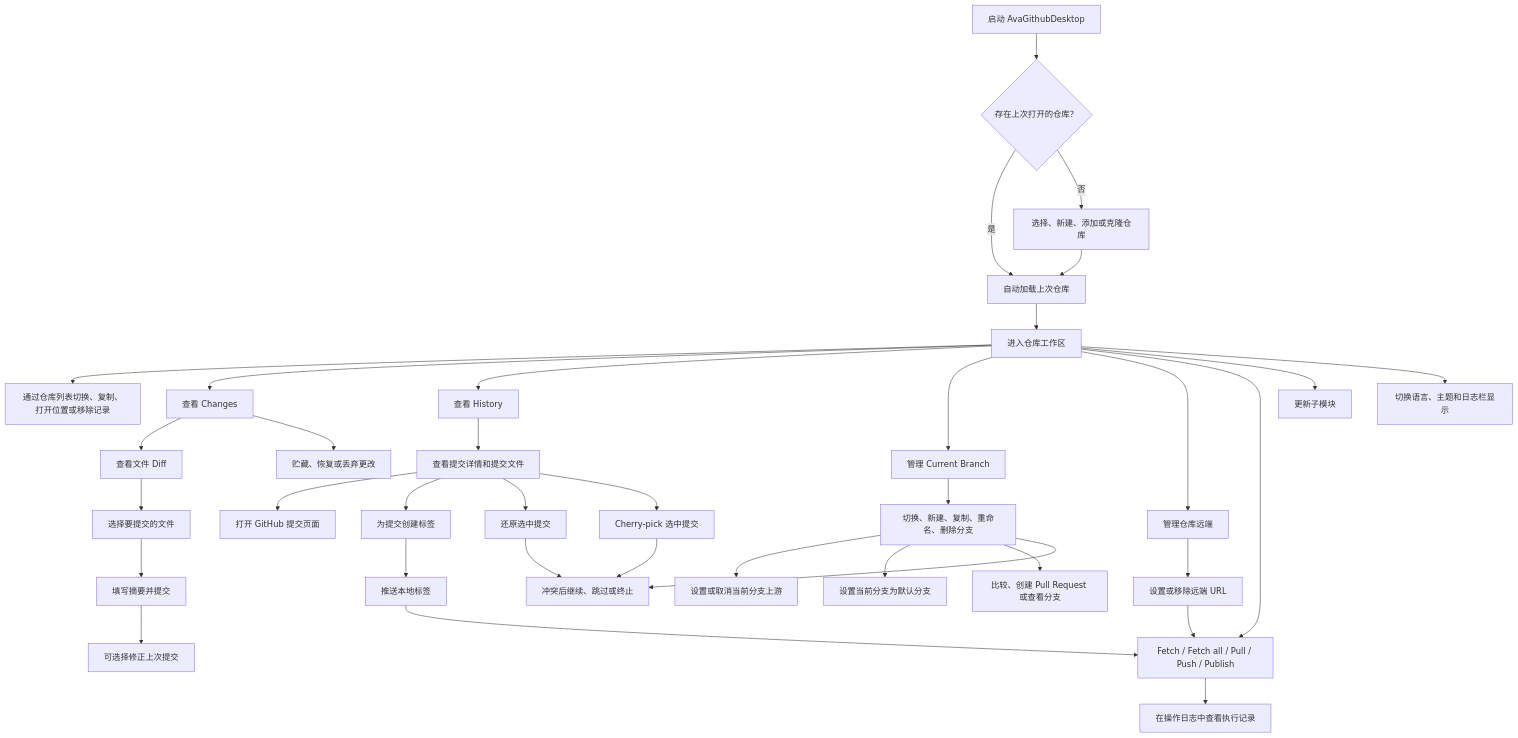
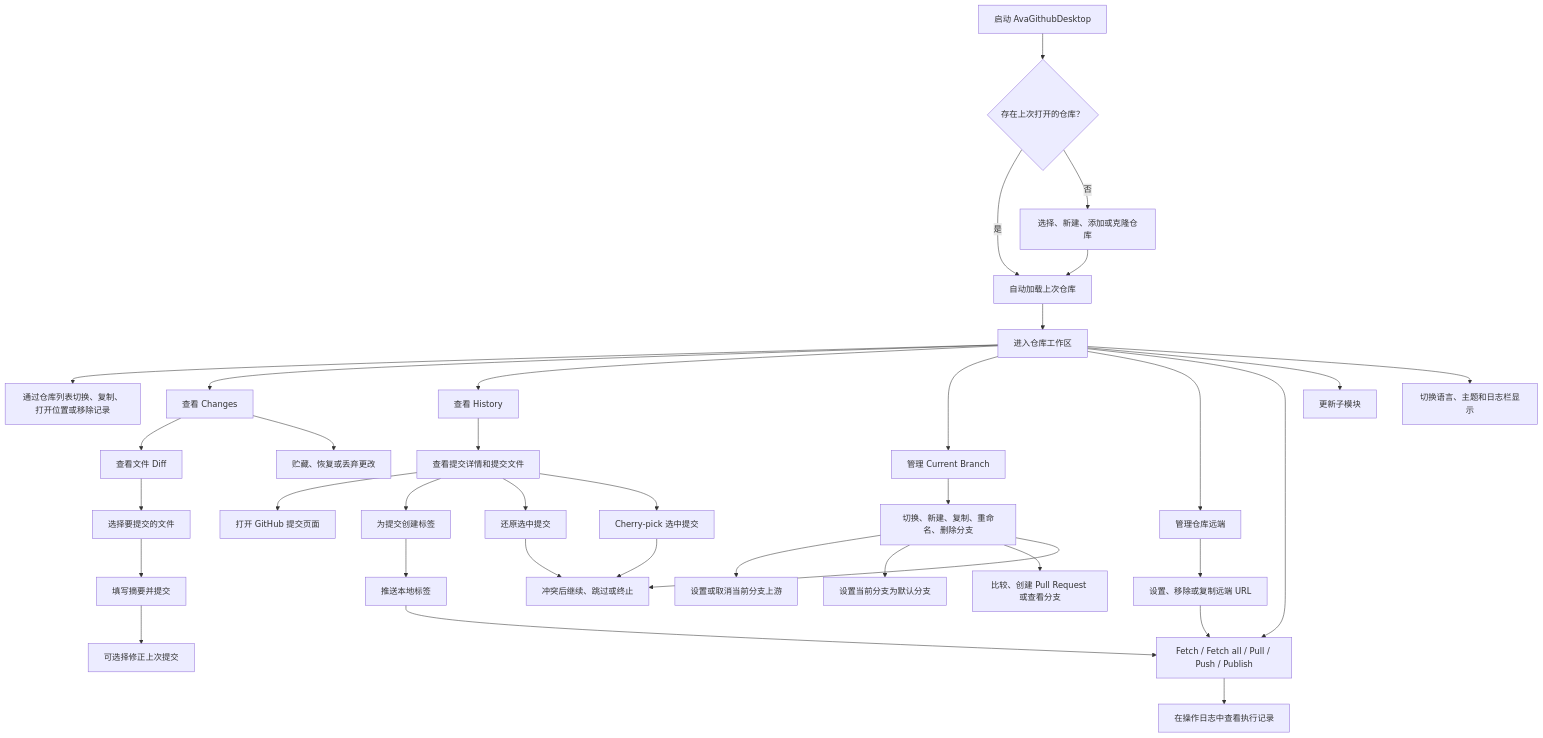
One commit to dotnet9/AvaGithubDesktop changed the diagram in docs/AvaGithubDesktop需求文档.md. Above: the diagram before and after it, drawn with Mermaid. The commit also changed other lines of this file and 8 other files, not shown here.

Commit message:
feat: add remote URL copy action

````diff
--- a/docs/AvaGithubDesktop需求文档.md
+++ b/docs/AvaGithubDesktop需求文档.md
@@ -48,38 +48,38 @@
 ```mermaid
 flowchart TD
     Start["启动 AvaGithubDesktop"] --> Restore{"存在上次打开的仓库？"}
     Restore -->|是| LoadRepo["自动加载上次仓库"]
     Restore -->|否| PickRepo["选择、新建、添加或克隆仓库"]
     PickRepo --> LoadRepo
     LoadRepo --> Workspace["进入仓库工作区"]
     Workspace --> RepoList["通过仓库列表切换、复制、打开位置或移除记录"]
     Workspace --> Changes["查看 Changes"]
     Workspace --> History["查看 History"]
     Workspace --> Branch["管理 Current Branch"]
     Workspace --> Remote["管理仓库远端"]
     Workspace --> Sync["Fetch / Fetch all / Pull / Push / Publish"]
     Changes --> ReviewDiff["查看文件 Diff"]
     ReviewDiff --> SelectFiles["选择要提交的文件"]
     SelectFiles --> Commit["填写摘要并提交"]
     Commit --> Amend["可选择修正上次提交"]
     Changes --> Stash["贮藏、恢复或丢弃更改"]
     History --> CommitDetail["查看提交详情和提交文件"]
     CommitDetail --> OpenCommit["打开 GitHub 提交页面"]
     CommitDetail --> CreateTag["为提交创建标签"]
     CommitDetail --> RevertCommit["还原选中提交"]
     CommitDetail --> CherryPick["Cherry-pick 选中提交"]
     RevertCommit --> ConflictOps
     CherryPick --> ConflictOps
     Branch --> BranchOps["切换、新建、复制、重命名、删除分支"]
     BranchOps --> UpstreamOps["设置或取消当前分支上游"]
     BranchOps --> DefaultBranch["设置当前分支为默认分支"]
     BranchOps --> BranchGitHub["比较、创建 Pull Request 或查看分支"]
     BranchOps --> ConflictOps["冲突后继续、跳过或终止"]
-    Remote --> RemoteOps["设置或移除远端 URL"]
+    Remote --> RemoteOps["设置、移除或复制远端 URL"]
     RemoteOps --> Sync
     CreateTag --> PushTags["推送本地标签"]
     PushTags --> Sync
     Sync --> OperationLog["在操作日志中查看执行记录"]
     Workspace --> Submodules["更新子模块"]
     Workspace --> Settings["切换语言、主题和日志栏显示"]
 ```
````
